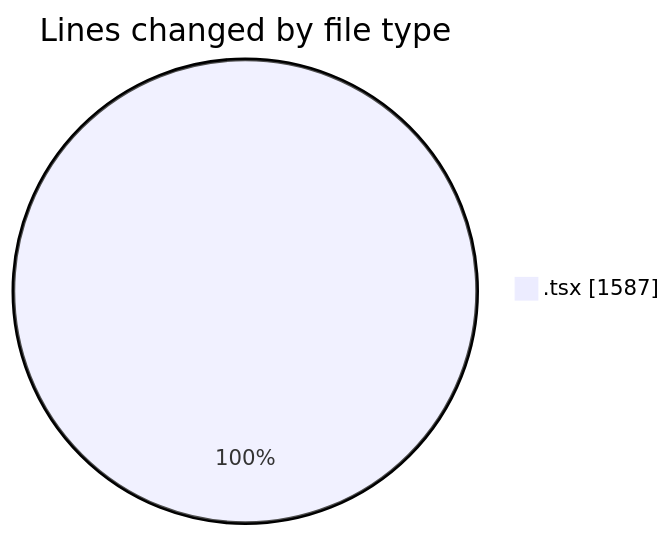
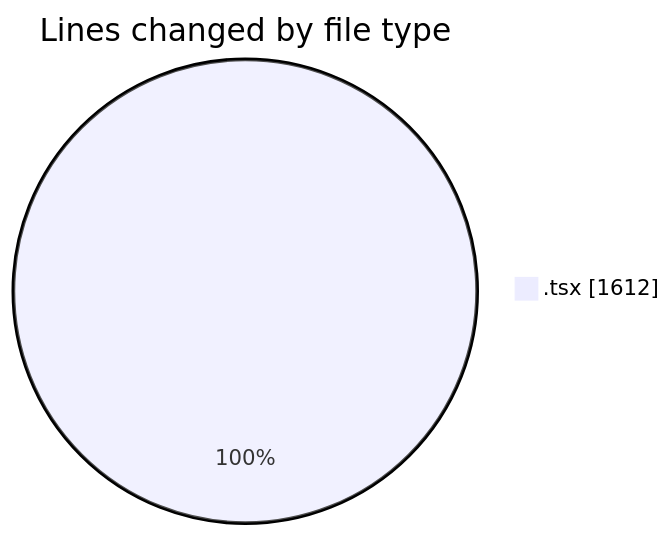
One commit to nxtqubesakshisongat/code-tracking changed the first of 2 diagrams in 2026-02-12/nxtqube_webapp/README.md. Above: the diagram before and after it, drawn with Mermaid. The commit also changed other lines of this file and 1 other file, not shown here.

````diff
--- a/2026-02-12/nxtqube_webapp/README.md
+++ b/2026-02-12/nxtqube_webapp/README.md
@@ -24,5 +24,5 @@
 ```mermaid
 pie showData
 title Lines changed by file type
-".tsx" : 1587
+".tsx" : 1612
 ```
````
